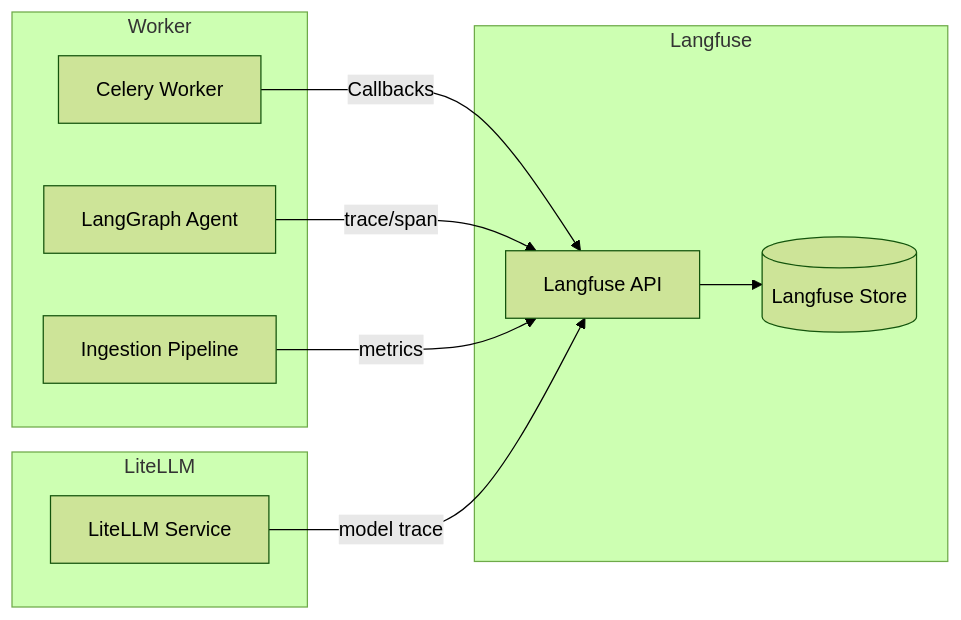
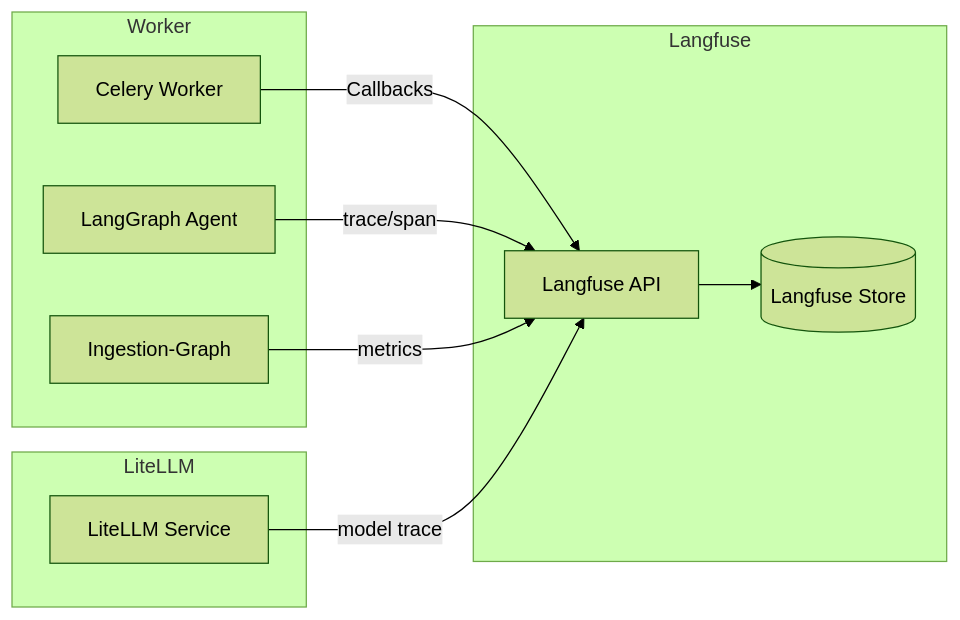
One commit to fraven01/NOESIS-2 changed the diagram in docs/observability/langfuse.md. Above: the diagram before and after it, drawn with Mermaid (forest theme). The commit also changed other lines of this file and 8 other files, not shown here.

````diff
--- a/docs/observability/langfuse.md
+++ b/docs/observability/langfuse.md
@@ -6,20 +6,20 @@
 ```mermaid
 flowchart LR
     subgraph Worker
         CW[Celery Worker]
         AG[LangGraph Agent]
-        IN[Ingestion Pipeline]
+        IN[Ingestion-Graph]
     end
     subgraph LiteLLM
         LL[LiteLLM Service]
     end
     subgraph Langfuse
         LF[Langfuse API]
         DB[(Langfuse Store)]
     end
     CW -->|Callbacks| LF
     AG -->|trace/span| LF
     IN -->|metrics| LF
     LL -->|model trace| LF
     LF --> DB
 ```
````
